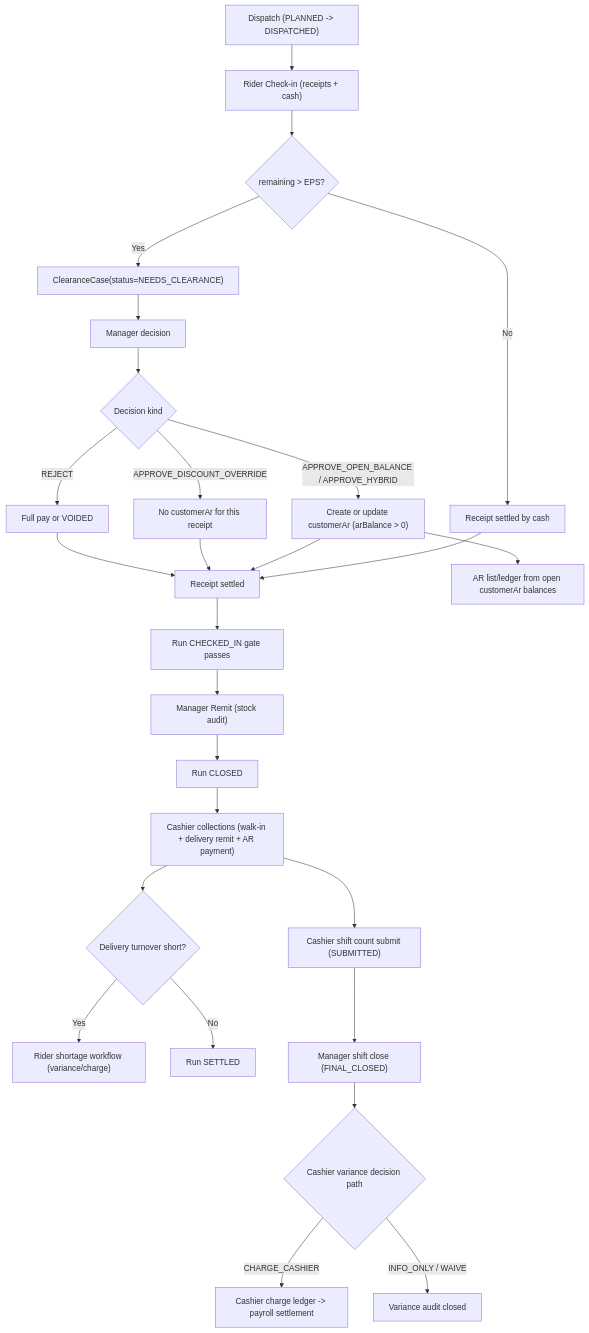
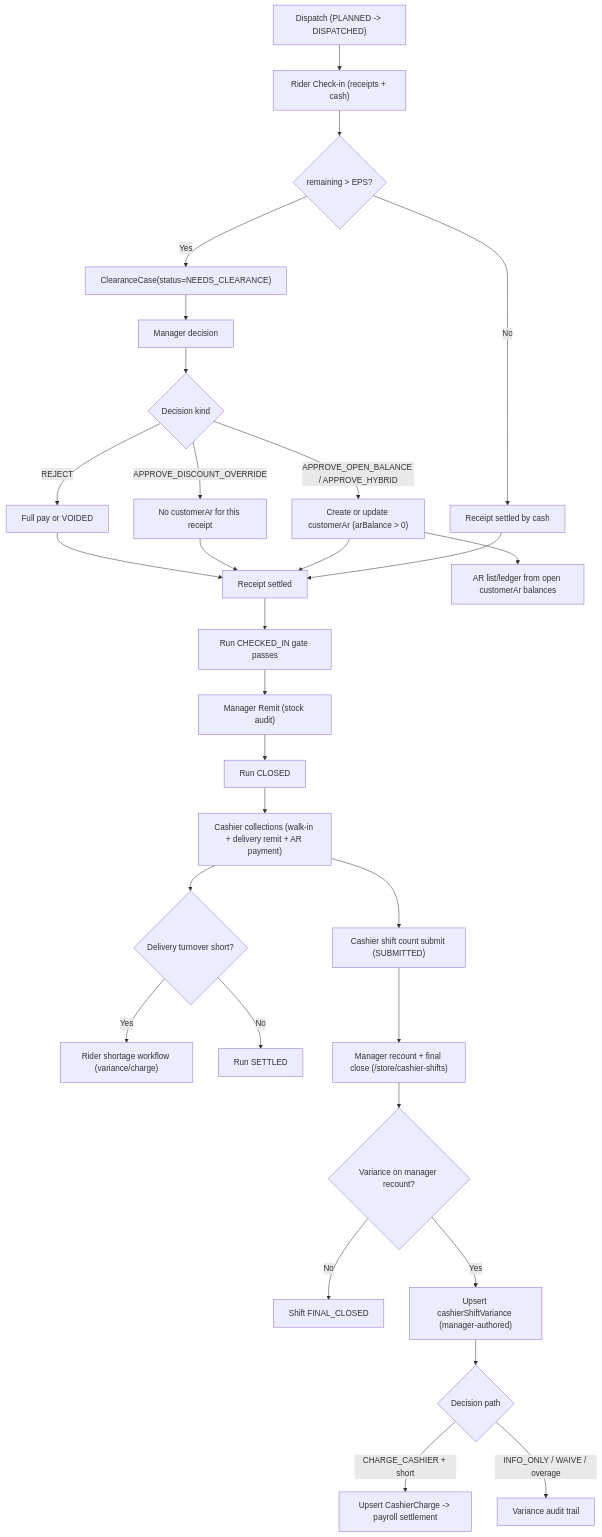
Before and after one commit to helloword214/zmstore-pos: the first of 5 diagrams in docs/guide/DIAGRAMS_DELIVERY_CSS_AR.md, drawn with Mermaid. The commit also changed other lines of this file and 6 other files, not shown here.

Commit message:
docs(governance): enforce flow-doc sync and align cashier variance canonical flow (#18)

````diff
--- a/docs/guide/DIAGRAMS_DELIVERY_CSS_AR.md
+++ b/docs/guide/DIAGRAMS_DELIVERY_CSS_AR.md
@@ -19,29 +19,32 @@
 ```mermaid
 flowchart TD
     A["Dispatch (PLANNED -> DISPATCHED)"] --> B["Rider Check-in (receipts + cash)"]
     B --> C{"remaining > EPS?"}
     C -- "No" --> D["Receipt settled by cash"]
     C -- "Yes" --> E["ClearanceCase(status=NEEDS_CLEARANCE)"]
     E --> F["Manager decision"]
     F --> G{"Decision kind"}
     G -- "APPROVE_OPEN_BALANCE / APPROVE_HYBRID" --> H["Create or update customerAr (arBalance > 0)"]
     G -- "APPROVE_DISCOUNT_OVERRIDE" --> I["No customerAr for this receipt"]
     G -- "REJECT" --> J["Full pay or VOIDED"]
     D --> K["Receipt settled"]
     H --> K
     I --> K
     J --> K
     K --> L["Run CHECKED_IN gate passes"]
     L --> M["Manager Remit (stock audit)"]
     M --> N["Run CLOSED"]
     N --> O["Cashier collections (walk-in + delivery remit + AR payment)"]
     O --> P{"Delivery turnover short?"}
     P -- "Yes" --> Q["Rider shortage workflow (variance/charge)"]
     P -- "No" --> R["Run SETTLED"]
     O --> S["Cashier shift count submit (SUBMITTED)"]
-    S --> T["Manager shift close (FINAL_CLOSED)"]
-    T --> U{"Cashier variance decision path"}
-    U -- "CHARGE_CASHIER" --> V["Cashier charge ledger -> payroll settlement"]
-    U -- "INFO_ONLY / WAIVE" --> W["Variance audit closed"]
-    H --> X["AR list/ledger from open customerAr balances"]
+    S --> T["Manager recount + final close (/store/cashier-shifts)"]
+    T --> U{"Variance on manager recount?"}
+    U -- "No" --> V["Shift FINAL_CLOSED"]
+    U -- "Yes" --> W["Upsert cashierShiftVariance (manager-authored)"]
+    W --> X{"Decision path"}
+    X -- "CHARGE_CASHIER + short" --> Y["Upsert CashierCharge -> payroll settlement"]
+    X -- "INFO_ONLY / WAIVE / overage" --> Z["Variance audit trail"]
+    H --> AA["AR list/ledger from open customerAr balances"]
 ```
````
